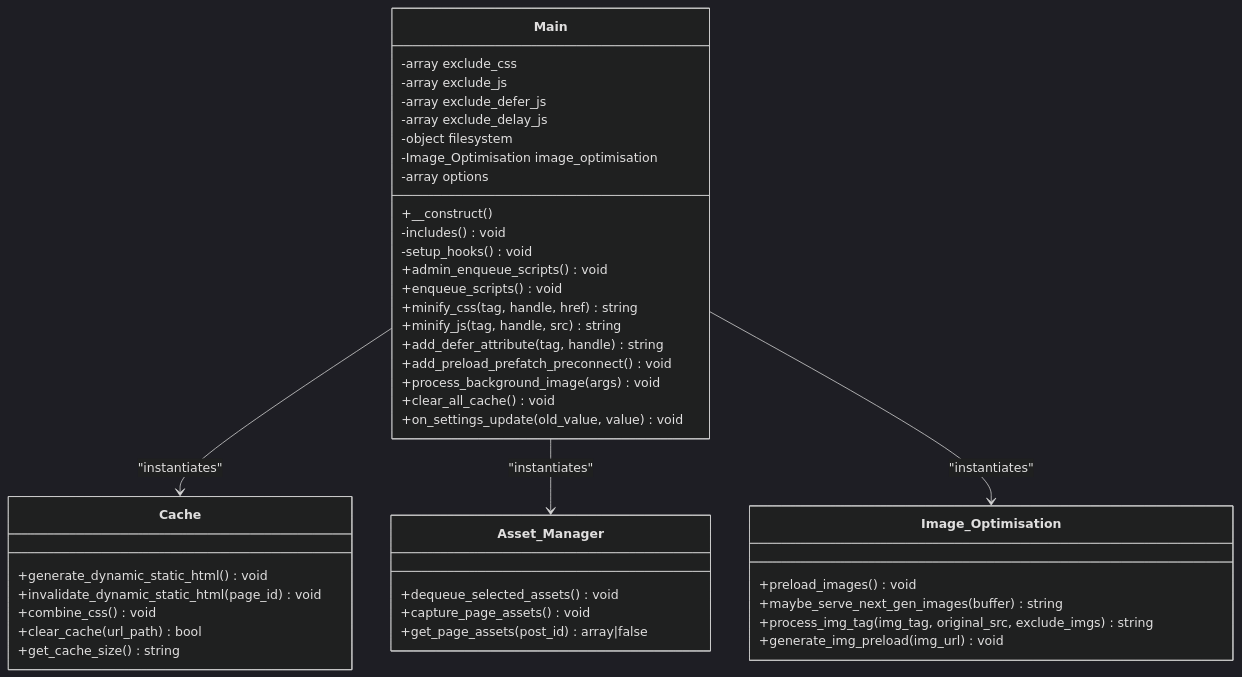
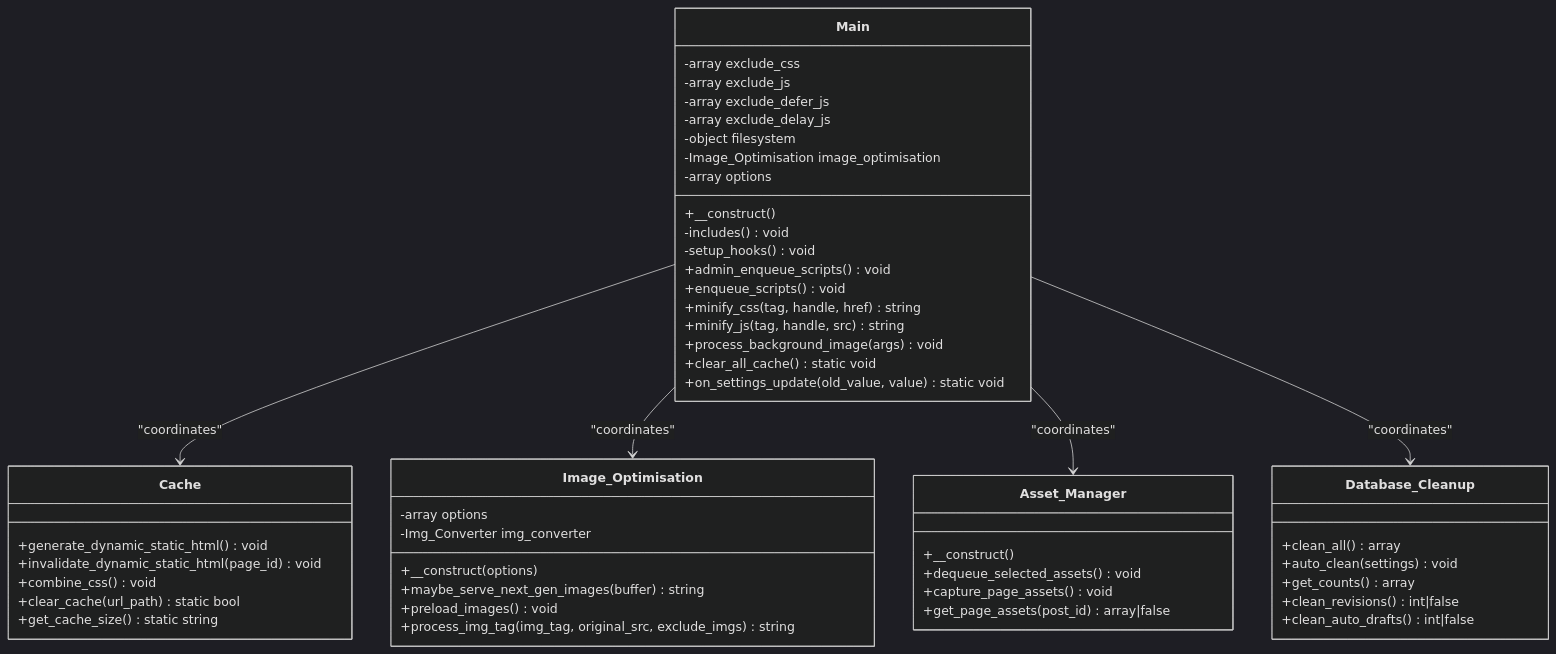
Before and after one commit to nilesh32236/performance-optimisation: the third of 8 diagrams in .qoder/repowiki/en/content/Core Architecture/Service Layer Architecture/Service Layer Architecture.md, drawn with Mermaid (dark theme). The commit also changed other lines of this file and 46 other files, not shown here.

````diff
--- a/.qoder/repowiki/en/content/Core Architecture/Service Layer Architecture/Service Layer Architecture.md
+++ b/.qoder/repowiki/en/content/Core Architecture/Service Layer Architecture/Service Layer Architecture.md
@@ -165,45 +163,54 @@
 ```mermaid
 classDiagram
 class Main {
 -array exclude_css
 -array exclude_js
 -array exclude_defer_js
 -array exclude_delay_js
 -object filesystem
 -Image_Optimisation image_optimisation
 -array options
 +__construct()
 -includes() void
 -setup_hooks() void
 +admin_enqueue_scripts() void
 +enqueue_scripts() void
 +minify_css(tag, handle, href) string
 +minify_js(tag, handle, src) string
-+add_defer_attribute(tag, handle) string
-+add_preload_prefatch_preconnect() void
 +process_background_image(args) void
-+clear_all_cache() void
-+on_settings_update(old_value, value) void
++clear_all_cache() static void
++on_settings_update(old_value, value) static void
 }
 class Cache {
 +generate_dynamic_static_html() void
 +invalidate_dynamic_static_html(page_id) void
 +combine_css() void
-+clear_cache(url_path) bool
-+get_cache_size() string
++clear_cache(url_path) static bool
++get_cache_size() static string
+}
+class Image_Optimisation {
+-array options
+-Img_Converter img_converter
++__construct(options)
++maybe_serve_next_gen_images(buffer) string
++preload_images() void
++process_img_tag(img_tag, original_src, exclude_imgs) string
 }
 class Asset_Manager {
++__construct()
 +dequeue_selected_assets() void
 +capture_page_assets() void
 +get_page_assets(post_id) array|false
 }
-class Image_Optimisation {
-+preload_images() void
-+maybe_serve_next_gen_images(buffer) string
-+process_img_tag(img_tag, original_src, exclude_imgs) string
-+generate_img_preload(img_url) void
+class Database_Cleanup {
++clean_all() array
++auto_clean(settings) void
++get_counts() array
++clean_revisions() int|false
++clean_auto_drafts() int|false
 }
-Main --> Cache : "instantiates"
-Main --> Asset_Manager : "instantiates"
-Main --> Image_Optimisation : "instantiates"
+Main --> Cache : "coordinates"
+Main --> Image_Optimisation : "coordinates"
+Main --> Asset_Manager : "coordinates"
+Main --> Database_Cleanup : "coordinates"
 ```
````
